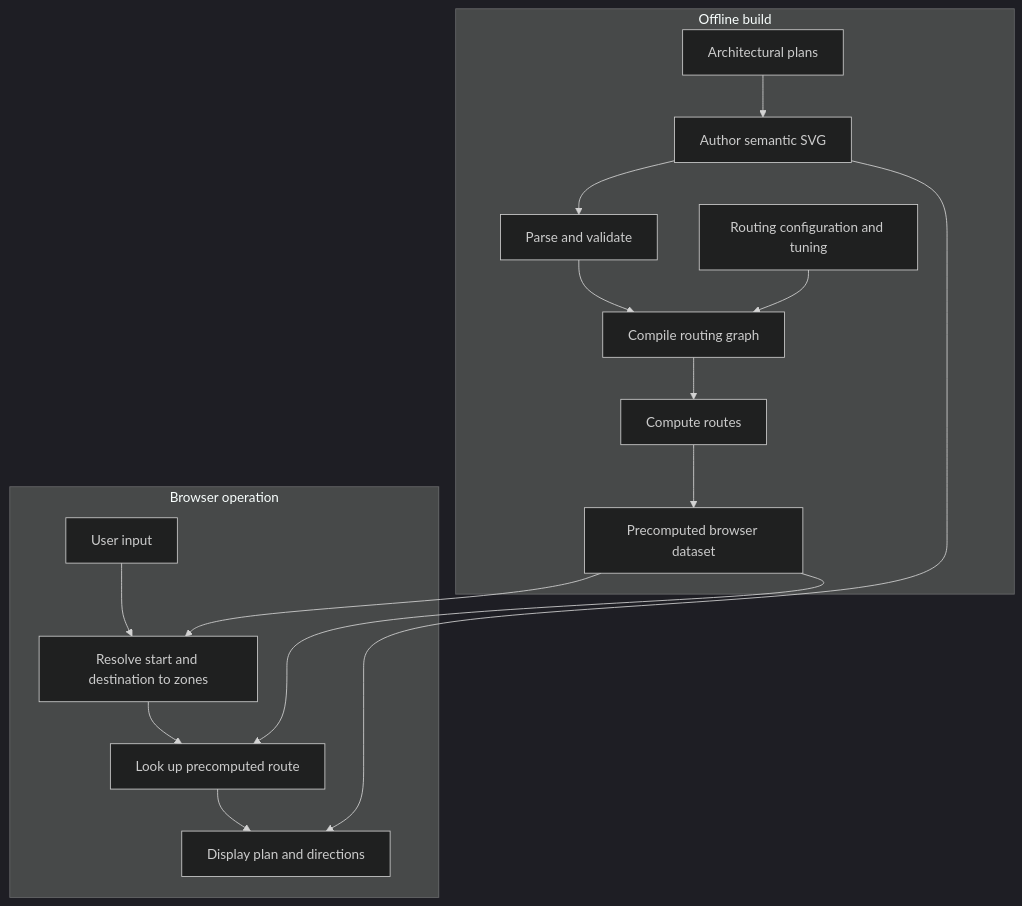
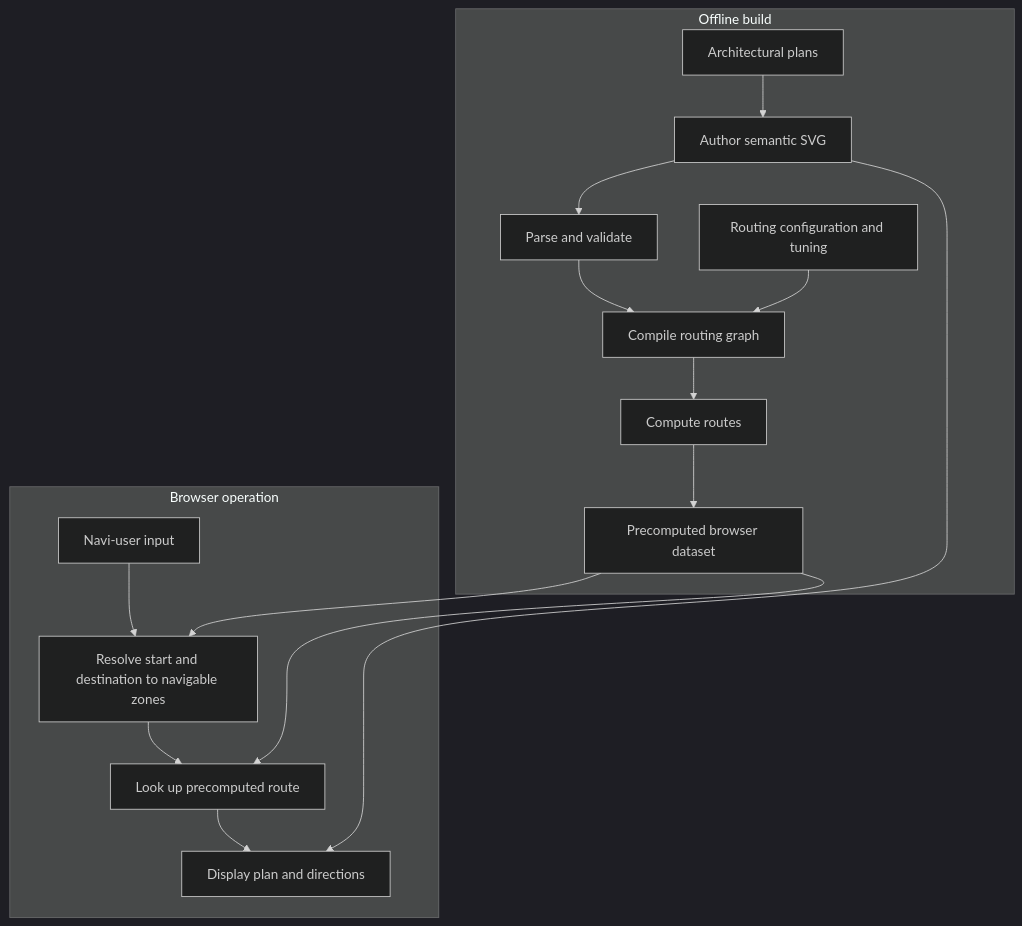
Before and after one commit to JanusWebHub/BFW_Wegweiser: the diagram in docs/design/system-overview.md, drawn with Mermaid (dark theme). The commit also changed other lines of this file and 16 other files, not shown here.

````diff
--- a/docs/design/system-overview.md
+++ b/docs/design/system-overview.md
@@ -5,19 +5,19 @@
 ```mermaid
 flowchart TB
 subgraph Build[Offline build]
 Plans[Architectural plans] --> SVG[Author semantic SVG]
 SVG --> Validate[Parse and validate]
 Validate --> Graph[Compile routing graph]
 Config[Routing configuration and tuning] --> Graph
 Graph --> Compute[Compute routes]
 Compute --> Data[Precomputed browser dataset]
 end
 subgraph Browser[Browser operation]
-Input[User input] --> Resolve[Resolve start and destination to zones]
+Input[Navi-user input] --> Resolve[Resolve start and destination to navigable zones]
 Resolve --> Lookup[Look up precomputed route]
 Lookup --> Output[Display plan and directions]
 end
 Data --> Resolve
 Data --> Lookup
 SVG --> Output
 ```
````
